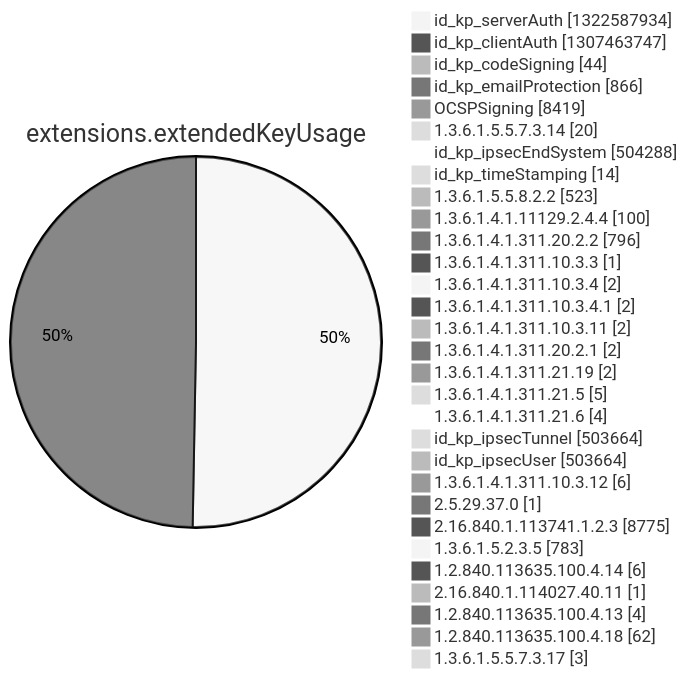
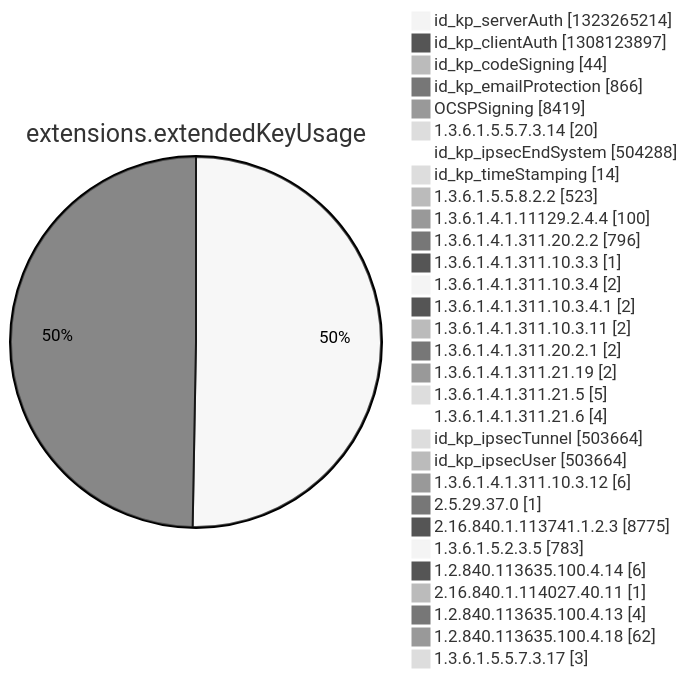
Diagram 12 of 15 in argon2022/README.md (christiankrug/ctmonitor_visualization), drawn with Mermaid (neutral theme) before and after one commit. The commit also changed other lines of this file, not shown here.

````diff
--- a/argon2022/README.md
+++ b/argon2022/README.md
@@ -3553,34 +3553,34 @@
 ```mermaid
 pie showData
 title extensions.extendedKeyUsage
-"id_kp_serverAuth" :1322587934
-"id_kp_clientAuth" :1307463747
+"id_kp_serverAuth" :1323265214
+"id_kp_clientAuth" :1308123897
 "id_kp_codeSigning" :44
 "id_kp_emailProtection" :866
 "OCSPSigning" :8419
 "1.3.6.1.5.5.7.3.14" :20
 "id_kp_ipsecEndSystem" :504288
 "id_kp_timeStamping" :14
 "1.3.6.1.5.5.8.2.2" :523
 "1.3.6.1.4.1.11129.2.4.4" :100
 "1.3.6.1.4.1.311.20.2.2" :796
 "1.3.6.1.4.1.311.10.3.3" :1
 "1.3.6.1.4.1.311.10.3.4" :2
 "1.3.6.1.4.1.311.10.3.4.1" :2
 "1.3.6.1.4.1.311.10.3.11" :2
 "1.3.6.1.4.1.311.20.2.1" :2
 "1.3.6.1.4.1.311.21.19" :2
 "1.3.6.1.4.1.311.21.5" :5
 "1.3.6.1.4.1.311.21.6" :4
 "id_kp_ipsecTunnel" :503664
 "id_kp_ipsecUser" :503664
 "1.3.6.1.4.1.311.10.3.12" :6
 "2.5.29.37.0" :1
 "2.16.840.1.113741.1.2.3" :8775
 "1.3.6.1.5.2.3.5" :783
 "1.2.840.113635.100.4.14" :6
 "2.16.840.1.114027.40.11" :1
 "1.2.840.113635.100.4.13" :4
 "1.2.840.113635.100.4.18" :62
 "1.3.6.1.5.5.7.3.17" :3
 ```
````
